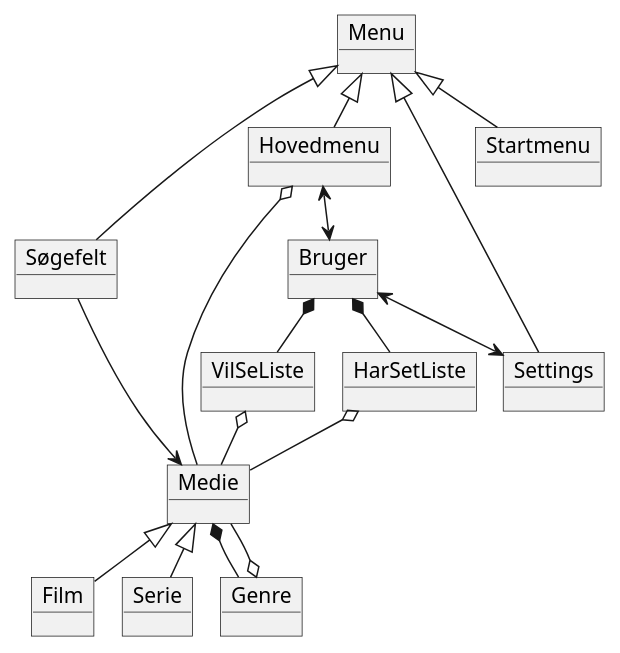
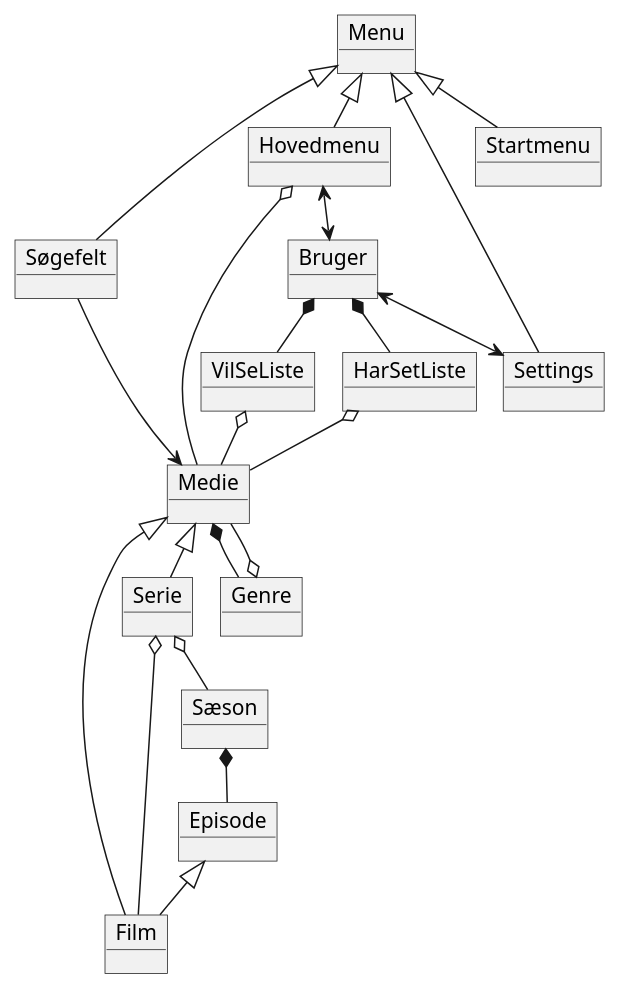
One commit to Falcho/SP3 changed the diagram in docs/domæneModel.puml. Above: the diagram before and after it, drawn with PlantUML. The commit also changed 1 other file, not shown here.

```diff
--- a/docs/domæneModel.puml
+++ b/docs/domæneModel.puml
@@ -1,44 +1,51 @@
 @startuml
 !pragma layout smetana
 'https://plantuml.com/object-diagram
 object Medie
 object Film
 object Serie
 object Genre
 object Menu
 object Søgefelt
 object Hovedmenu
 object Bruger
 object Startmenu
 object Settings
 object VilSeListe
 object HarSetListe
+object Sæson
+object Episode
 
 
 Medie <|-- Film
 Medie <|-- Serie
 Menu <|-- Hovedmenu
 Menu <|-- Startmenu
 Menu <|-- Settings
 Menu <|-- Søgefelt
 Medie *-- Genre
 Genre o-- Medie
 Hovedmenu o-- Medie
 Bruger *-- HarSetListe
 Bruger *-- VilSeListe
 VilSeListe o-- Medie
 HarSetListe o-- Medie
 Bruger <--> Settings
 Hovedmenu <--> Bruger
 Søgefelt --> Medie
+Serie o-- Film
+Serie o-- Sæson
+Sæson *-- Episode
+Episode <|-- Film
+
 
 
 
 
 
 
 
 
 
 
 @enduml
```
